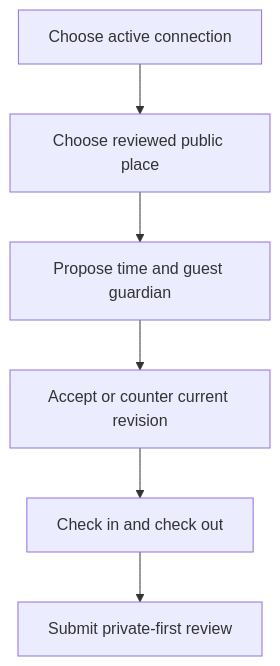
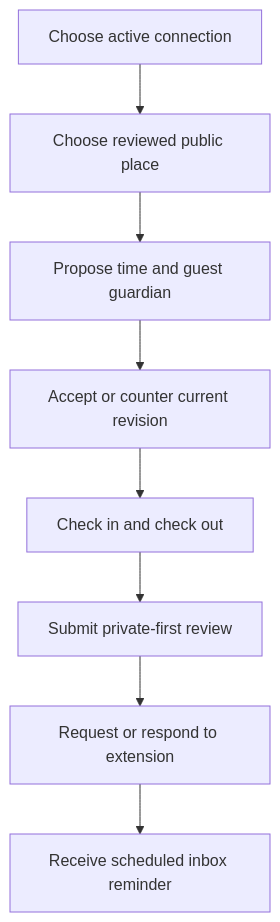
The diagram in docs/handovers/M10.md (thams-geth/dogdating-api), drawn with Mermaid before and after one commit. The commit also changed other lines of this file and 18 other files, not shown here.

````diff
--- a/docs/handovers/M10.md
+++ b/docs/handovers/M10.md
@@ -15,14 +15,18 @@
 ```mermaid
 flowchart TD
   S0["Choose active connection"]
   S1["Choose reviewed public place"]
   S2["Propose time and guest guardian"]
   S3["Accept or counter current revision"]
   S4["Check in and check out"]
   S5["Submit private-first review"]
+  S6["Request or respond to extension"]
+  S7["Receive scheduled inbox reminder"]
   S0 --> S1
   S1 --> S2
   S2 --> S3
   S3 --> S4
   S4 --> S5
+  S5 --> S6
+  S6 --> S7
 ```
````
